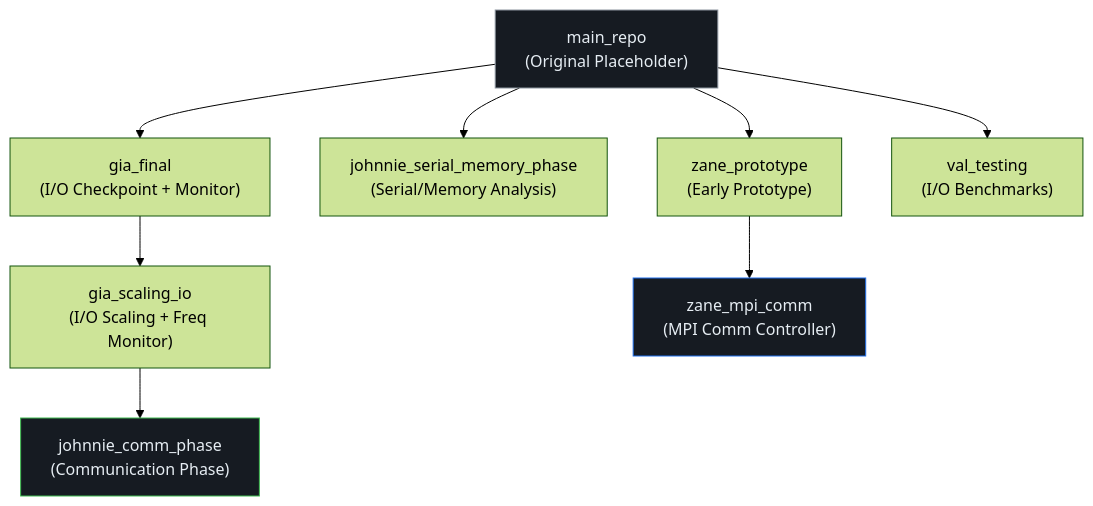
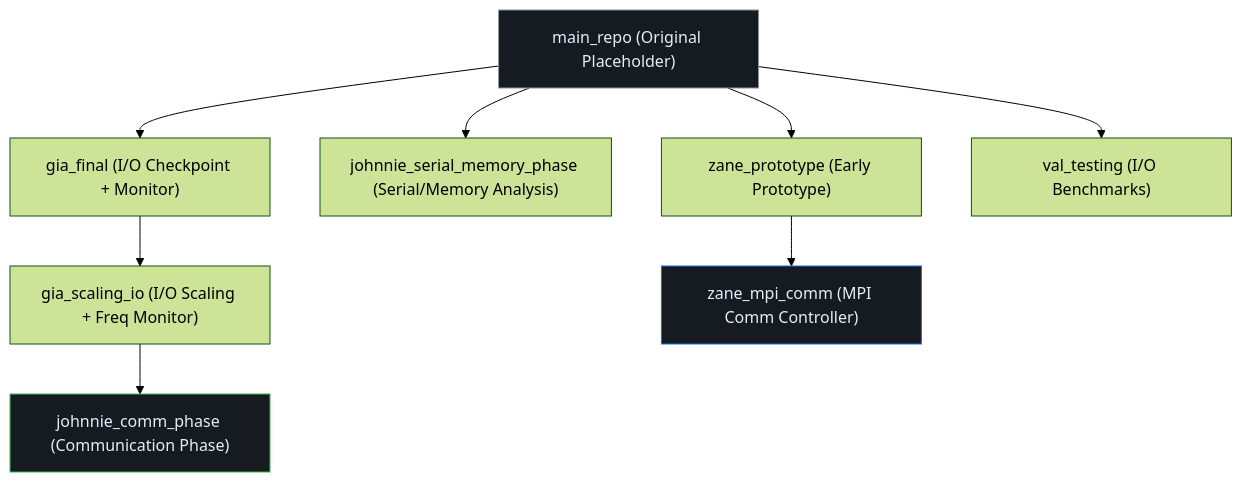
The first of 2 diagrams in 07_archive/README.md (johnnietse/elec-498-group-30-2025-2026-proxy-app), drawn with Mermaid (forest theme) before and after one commit. The commit also changed 7 other files, not shown here.

Commit message:
Fix Mermaid diagram rendering issues on GitHub by removing HTML tags from node labels

````diff
--- a/07_archive/README.md
+++ b/07_archive/README.md
@@ -11,14 +11,14 @@
 ```mermaid
 flowchart TB
-    MAIN["main_repo<br/>(Original Placeholder)"] --> GIA_F["gia_final<br/>(I/O Checkpoint + Monitor)"]
-    GIA_F --> GIA_S["gia_scaling_io<br/>(I/O Scaling + Freq Monitor)"]
-    GIA_S --> JOHNNIE_C["johnnie_comm_phase<br/>(Communication Phase)"]
-    MAIN --> JOHNNIE_S["johnnie_serial_memory_phase<br/>(Serial/Memory Analysis)"]
-    MAIN --> ZANE_P["zane_prototype<br/>(Early Prototype)"]
-    ZANE_P --> ZANE_M["zane_mpi_comm<br/>(MPI Comm Controller)"]
-    MAIN --> VAL["val_testing<br/>(I/O Benchmarks)"]
+    MAIN["main_repo (Original Placeholder)"] --> GIA_F["gia_final (I/O Checkpoint + Monitor)"]
+    GIA_F --> GIA_S["gia_scaling_io (I/O Scaling + Freq Monitor)"]
+    GIA_S --> JOHNNIE_C["johnnie_comm_phase (Communication Phase)"]
+    MAIN --> JOHNNIE_S["johnnie_serial_memory_phase (Serial/Memory Analysis)"]
+    MAIN --> ZANE_P["zane_prototype (Early Prototype)"]
+    ZANE_P --> ZANE_M["zane_mpi_comm (MPI Comm Controller)"]
+    MAIN --> VAL["val_testing (I/O Benchmarks)"]
     
     style JOHNNIE_C fill:#161b22,stroke:#3fb950,color:#e6edf3
     style ZANE_M fill:#161b22,stroke:#1f6feb,color:#e6edf3
     style MAIN fill:#161b22,stroke:#8b949e,color:#e6edf3
 ```
````
